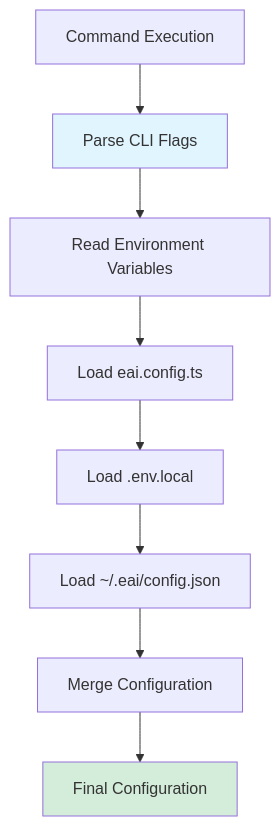
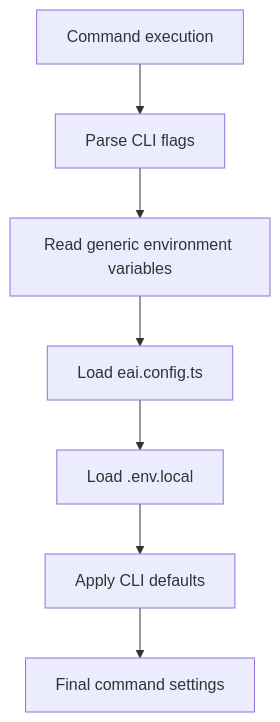
The diagram in .tech-docs/configuration.md (eai-support/eai), drawn with Mermaid before and after one commit. The commit also changed other lines of this file and 228 other files, not shown here.

````diff
--- a/.tech-docs/configuration.md
+++ b/.tech-docs/configuration.md
@@ -378,22 +169,17 @@
 ```mermaid
 flowchart TB
-    Start[Command Execution]
-    Flags[Parse CLI Flags]
-    EnvVars[Read Environment Variables]
+    Start[Command execution]
+    Flags[Parse CLI flags]
+    EnvVars[Read generic environment variables]
     EaiConfig[Load eai.config.ts]
     EnvLocal[Load .env.local]
-    GlobalConfig[Load ~/.eai/config.json]
-    Merge[Merge Configuration]
-    End[Final Configuration]
-    
+    Defaults[Apply CLI defaults]
+    End[Final command settings]
+
     Start --> Flags
     Flags --> EnvVars
     EnvVars --> EaiConfig
     EaiConfig --> EnvLocal
-    EnvLocal --> GlobalConfig
-    GlobalConfig --> Merge
-    Merge --> End
-    
-    style Flags fill:#e1f5ff
-    style End fill:#d4edda
+    EnvLocal --> Defaults
+    Defaults --> End
 ```
````
